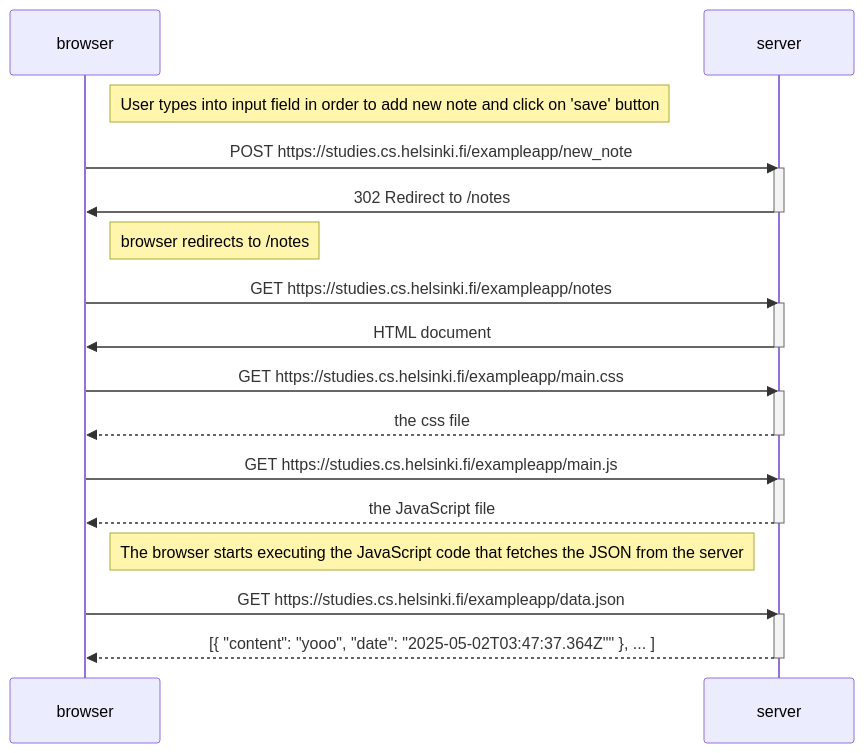
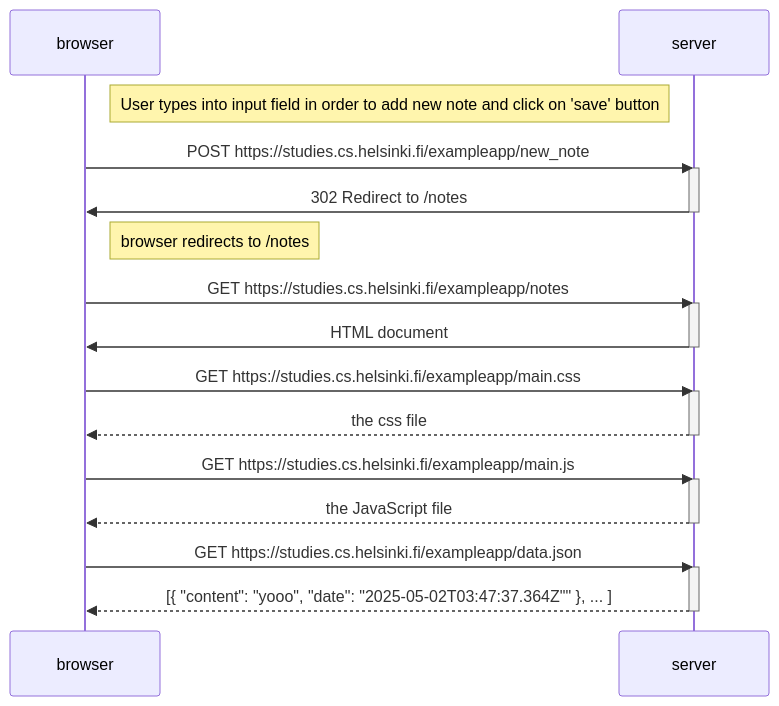
The diagram in part0/new-note-diagram.md (Kavita113/fullstackopen), drawn with Mermaid before and after one commit.

```diff
--- a/part0/new-note-diagram.md
+++ b/part0/new-note-diagram.md
@@ -1,39 +1,37 @@
 :::mermaid
 sequenceDiagram
     participant browser
     participant server
 
     Note right of browser: User types into input field in order to add new note and click on 'save' button
 
     browser->>server:POST https://studies.cs.helsinki.fi/exampleapp/new_note 
     activate server
     server->>browser: 302 Redirect to /notes
     deactivate server
 
     Note right of browser: browser redirects to /notes
     browser->>server:GET https://studies.cs.helsinki.fi/exampleapp/notes
     activate server
     server->>browser:  HTML document
     deactivate server
 
      browser->>server: GET https://studies.cs.helsinki.fi/exampleapp/main.css
     activate server
     server-->>browser: the css file
     deactivate server
 
     browser->>server: GET https://studies.cs.helsinki.fi/exampleapp/main.js
     activate server
     server-->>browser: the JavaScript file
     deactivate server
 
-    Note right of browser: The browser starts executing the JavaScript code that fetches the JSON from the server
-
     browser->>server: GET https://studies.cs.helsinki.fi/exampleapp/data.json
     activate server
     server-->>browser: [{ "content": "yooo", "date": "2025-05-02T03:47:37.364Z"" }, ... ]
     deactivate server
 
 
 
     
 :::
```
